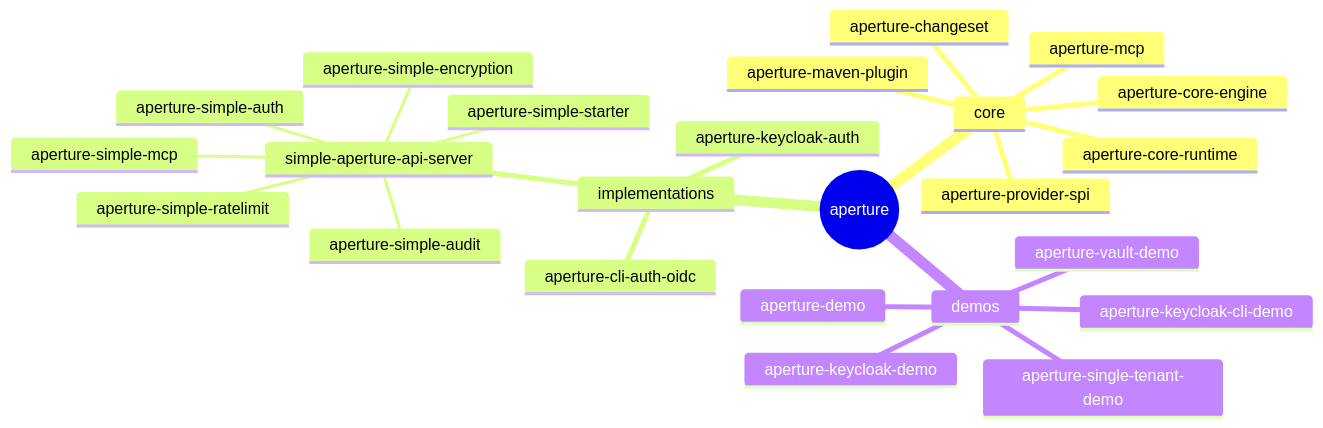
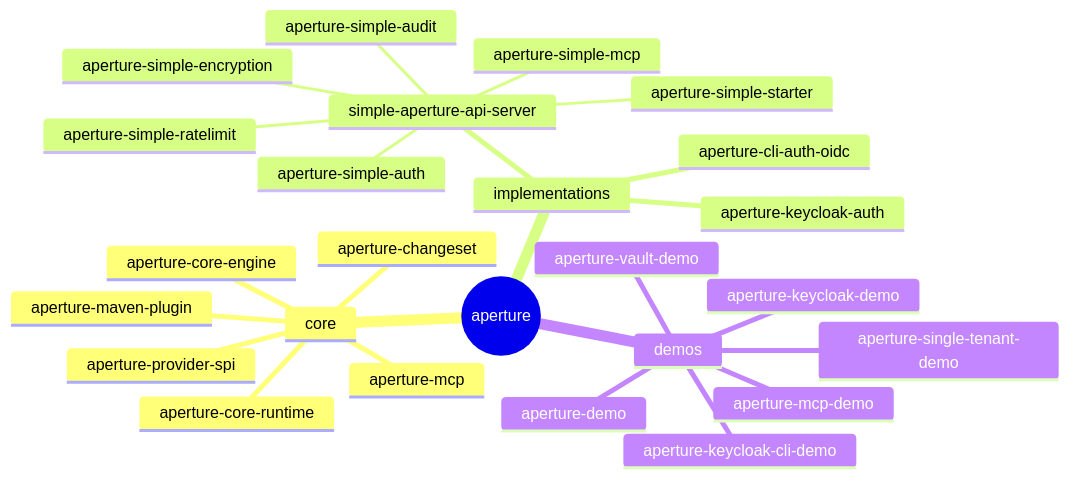
One commit to ItsJooL/aperture changed the diagram in README.md. Above: the diagram before and after it, drawn with Mermaid. The commit also changed 58 other files, not shown here.

Commit message:
Add aperture-mcp-demo: generated MCP tool surface showcase

````diff
--- a/README.md
+++ b/README.md
@@ -76,27 +76,28 @@
 ```mermaid
 mindmap
   root((aperture))
     core
       aperture-core-engine
       aperture-core-runtime
       aperture-changeset
       aperture-mcp
       aperture-maven-plugin
       aperture-provider-spi
     implementations
       simple-aperture-api-server
         aperture-simple-auth
         aperture-simple-audit
         aperture-simple-encryption
         aperture-simple-ratelimit
         aperture-simple-mcp
         aperture-simple-starter
       aperture-keycloak-auth
       aperture-cli-auth-oidc
     demos
       aperture-demo
+      aperture-mcp-demo
       aperture-single-tenant-demo
       aperture-keycloak-demo
       aperture-keycloak-cli-demo
       aperture-vault-demo
 ```
````
